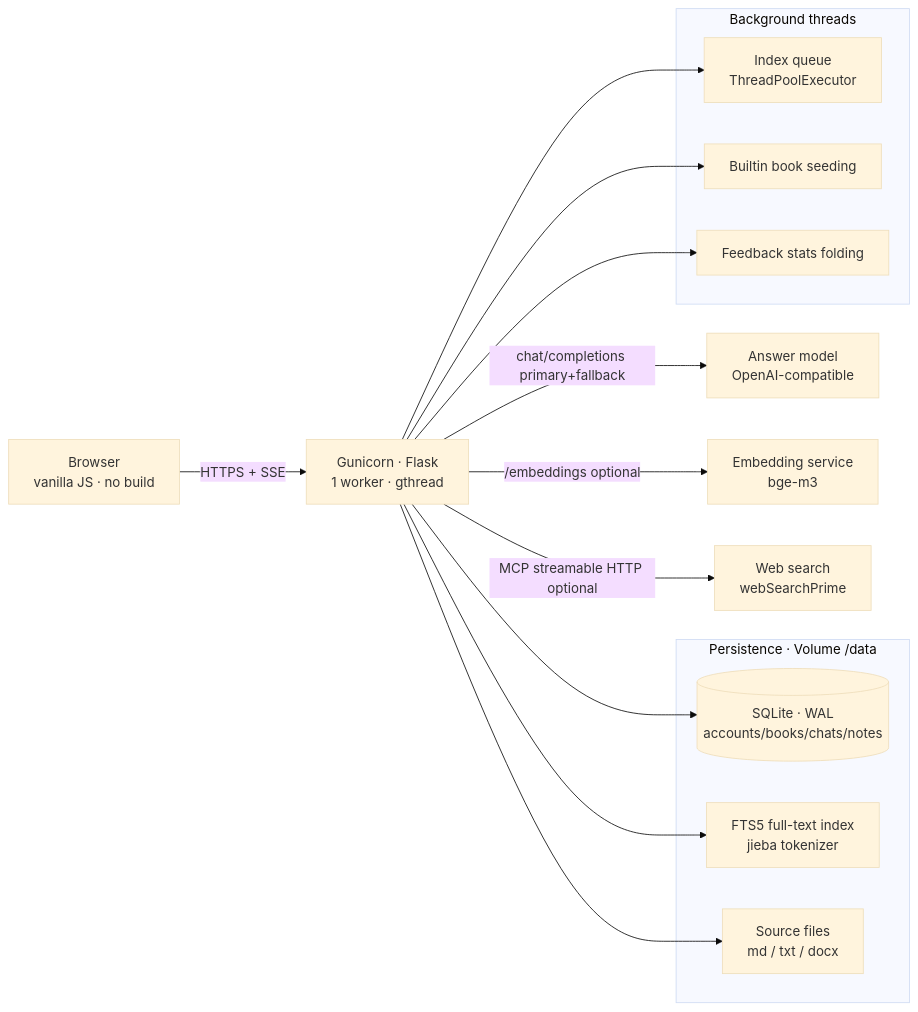
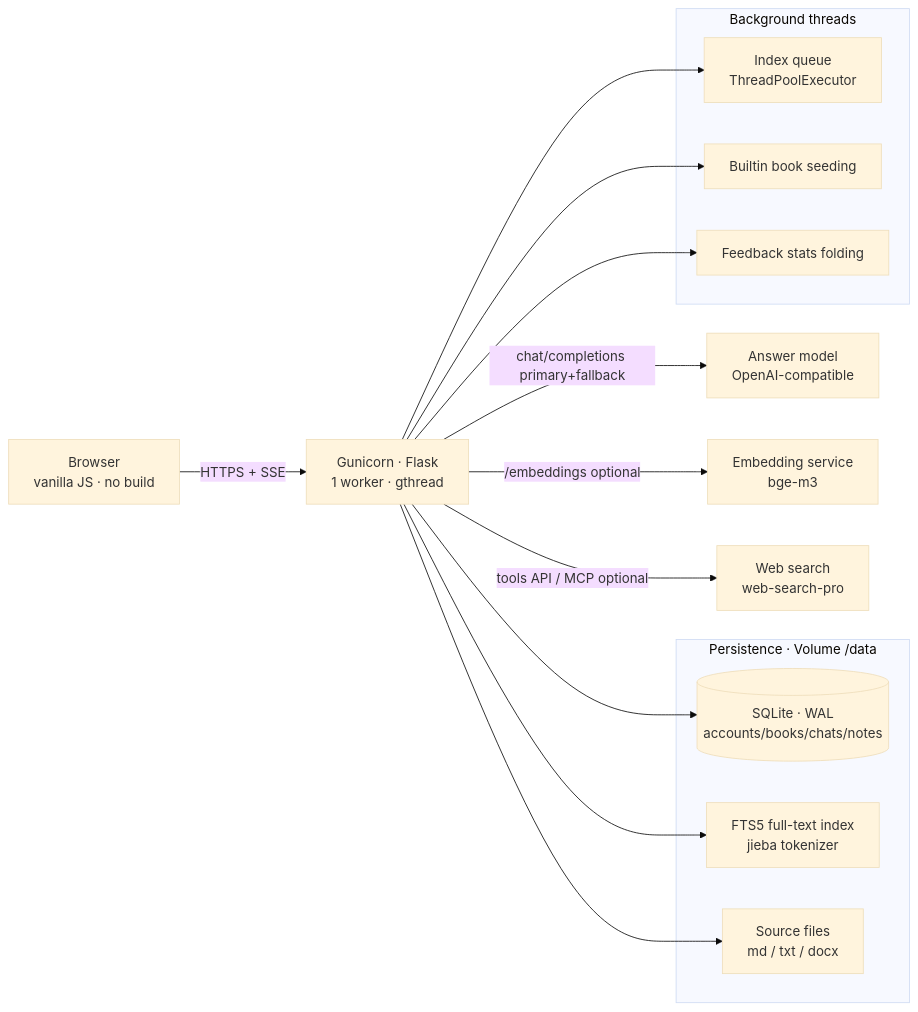
One commit to Zafer-Liu/book-learning changed the first of 4 diagrams in README.md. Above: the diagram before and after it, drawn with Mermaid (base theme). The commit also changed other lines of this file and 4 other files, not shown here.

Commit message:
联网搜索默认改走智谱 tools API,普通 API Key 直接可用

````diff
--- a/README.md
+++ b/README.md
@@ -22,23 +22,23 @@
 ```mermaid
 flowchart LR
     B["Browser<br/>vanilla JS · no build"] -->|"HTTPS + SSE"| G["Gunicorn · Flask<br/>1 worker · gthread"]
     subgraph DATA["Persistence · Volume /data"]
         DB[("SQLite · WAL<br/>accounts/books/chats/notes")]
         FTS["FTS5 full-text index<br/>jieba tokenizer"]
         SRC["Source files<br/>md / txt / docx"]
     end
     subgraph BG["Background threads"]
         IX["Index queue<br/>ThreadPoolExecutor"]
         SEED["Builtin book seeding"]
         STATS["Feedback stats folding"]
     end
     G --> DB
     G --> FTS
     G --> SRC
     G --> IX
     G --> SEED
     G --> STATS
     G -->|"chat/completions primary+fallback"| LLM["Answer model<br/>OpenAI-compatible"]
     G -->|"/embeddings optional"| EMB["Embedding service<br/>bge-m3"]
-    G -->|"MCP streamable HTTP optional"| MCP["Web search<br/>webSearchPrime"]
+    G -->|"tools API / MCP optional"| MCP["Web search<br/>web-search-pro"]
 ```
````
